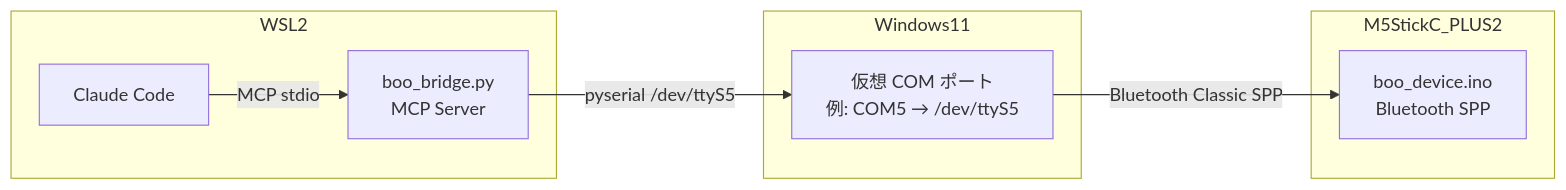
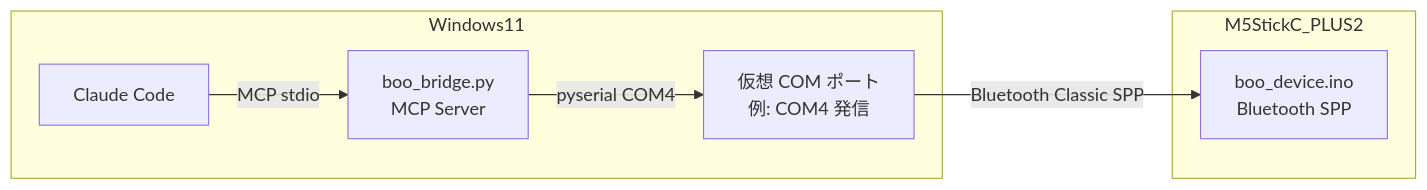
The first of 2 diagrams in docs/product-requirements.md (Shintaro-Abe/claude-pocket-approver-2), drawn with Mermaid before and after one commit. The commit also changed other lines of this file and 9 other files, not shown here.

````diff
--- a/docs/product-requirements.md
+++ b/docs/product-requirements.md
@@ -43,19 +43,16 @@
 ```mermaid
 graph LR
-    subgraph WSL2
+    subgraph Windows11
         CC[Claude Code]
         BRG[boo_bridge.py<br/>MCP Server]
+        COM[仮想 COM ポート<br/>例: COM4 発信]
         CC -->|MCP stdio| BRG
-    end
-
-    subgraph Windows11
-        COM[仮想 COM ポート<br/>例: COM5 → /dev/ttyS5]
+        BRG -->|pyserial COM4| COM
     end
 
     subgraph M5StickC_PLUS2
         FW[boo_device.ino<br/>Bluetooth SPP]
     end
 
-    BRG -->|pyserial /dev/ttyS5| COM
     COM -->|Bluetooth Classic SPP| FW
 ```
````
